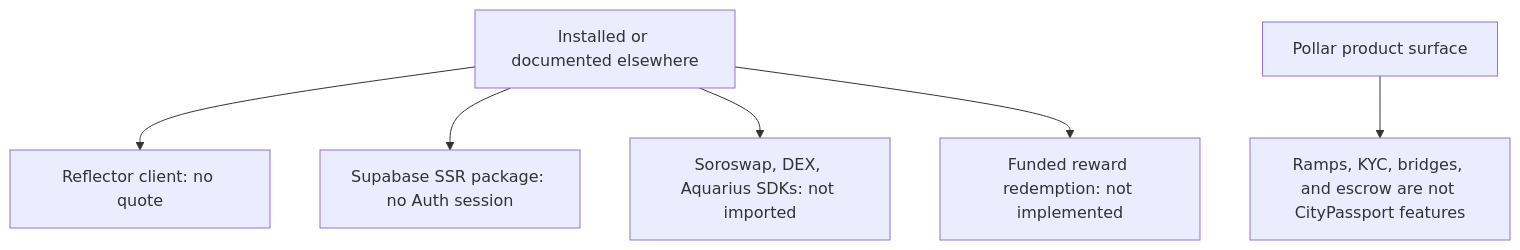
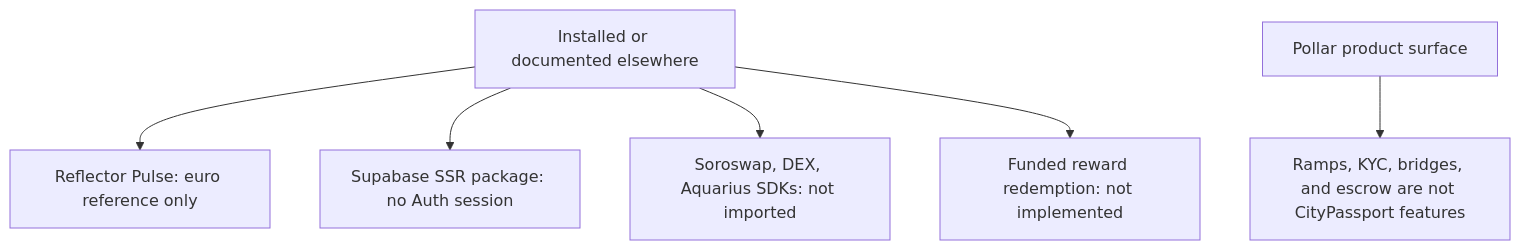
One commit to city-pass-global/citypass changed the third of 3 diagrams in docs/INTEGRATIONS.md. Above: the diagram before and after it, drawn with Mermaid. The commit also changed other lines of this file and 16 other files, not shown here.

First line of the commit message:
Show a Reflector euro reference beside USDC prices.

````diff
--- a/docs/INTEGRATIONS.md
+++ b/docs/INTEGRATIONS.md
@@ -49,8 +49,8 @@
 ```mermaid
 flowchart TD
-  installed["Installed or documented elsewhere"] --> reflector["Reflector client: no quote"]
+  installed["Installed or documented elsewhere"] --> reflector["Reflector Pulse: euro reference only"]
   installed --> ssr["Supabase SSR package: no Auth session"]
   installed --> venue["Soroswap, DEX, Aquarius SDKs: not imported"]
   installed --> rewards["Funded reward redemption: not implemented"]
   pollar["Pollar product surface"] --> unused["Ramps, KYC, bridges, and escrow are not CityPassport features"]
 ```
````
